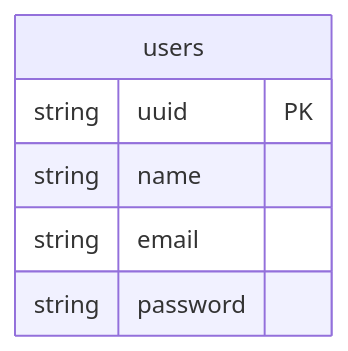
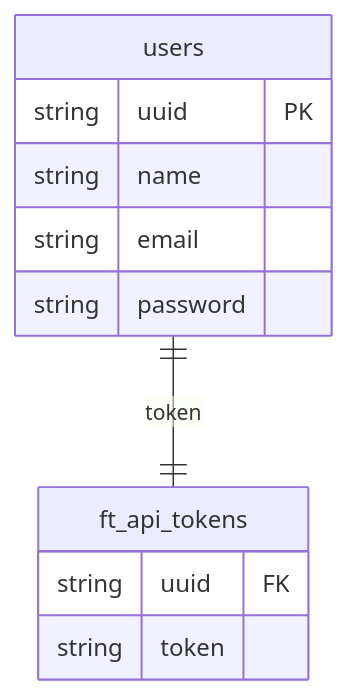
Before and after one commit to ShotaTanemura/ft_transcendence: the diagram in doc/er/pong_tables.md, drawn with Mermaid.

Commit message:
Define ft_api_tokens table in pong_tables

````diff
--- a/doc/er/pong_tables.md
+++ b/doc/er/pong_tables.md
@@ -3,10 +3,17 @@
 ```mermaid
 erDiagram
+
+users ||--|| ft_api_tokens : token
 
 users {
     string uuid PK
     string name
     string email
     string password
 }
+
+ft_api_tokens {
+    string uuid FK
+    string token
+}
 ```
````
